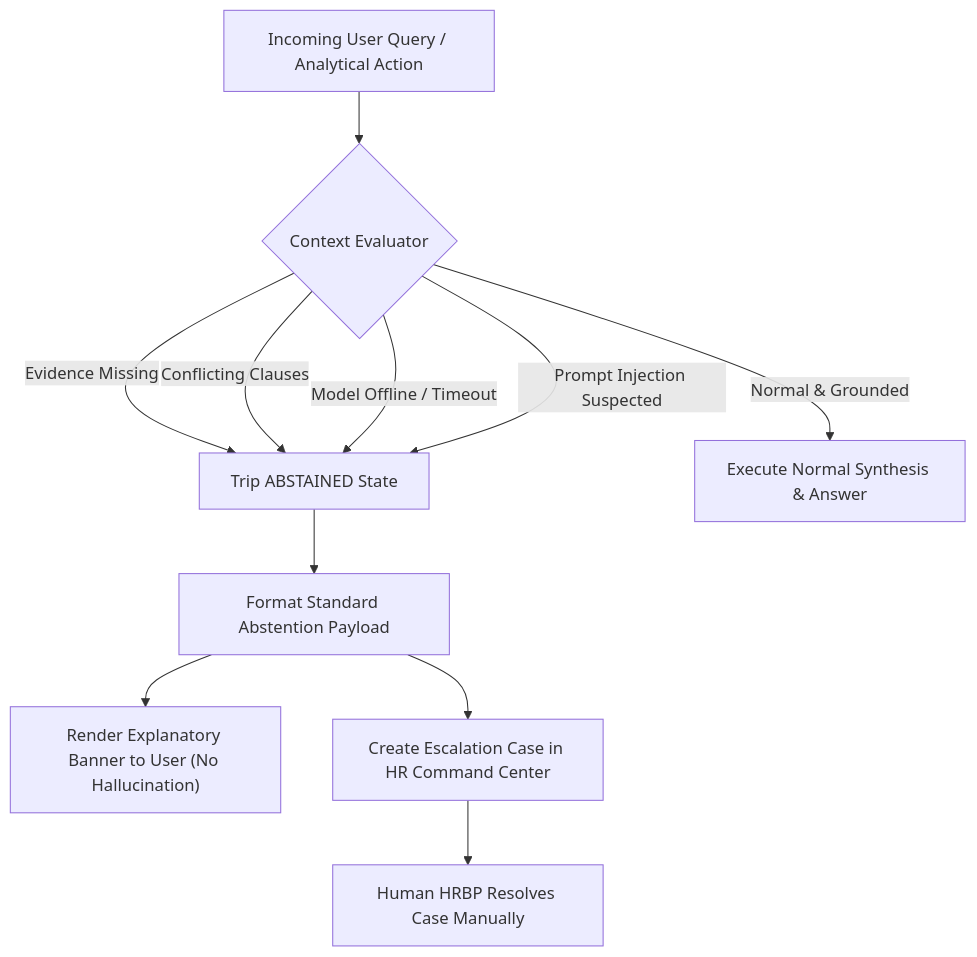
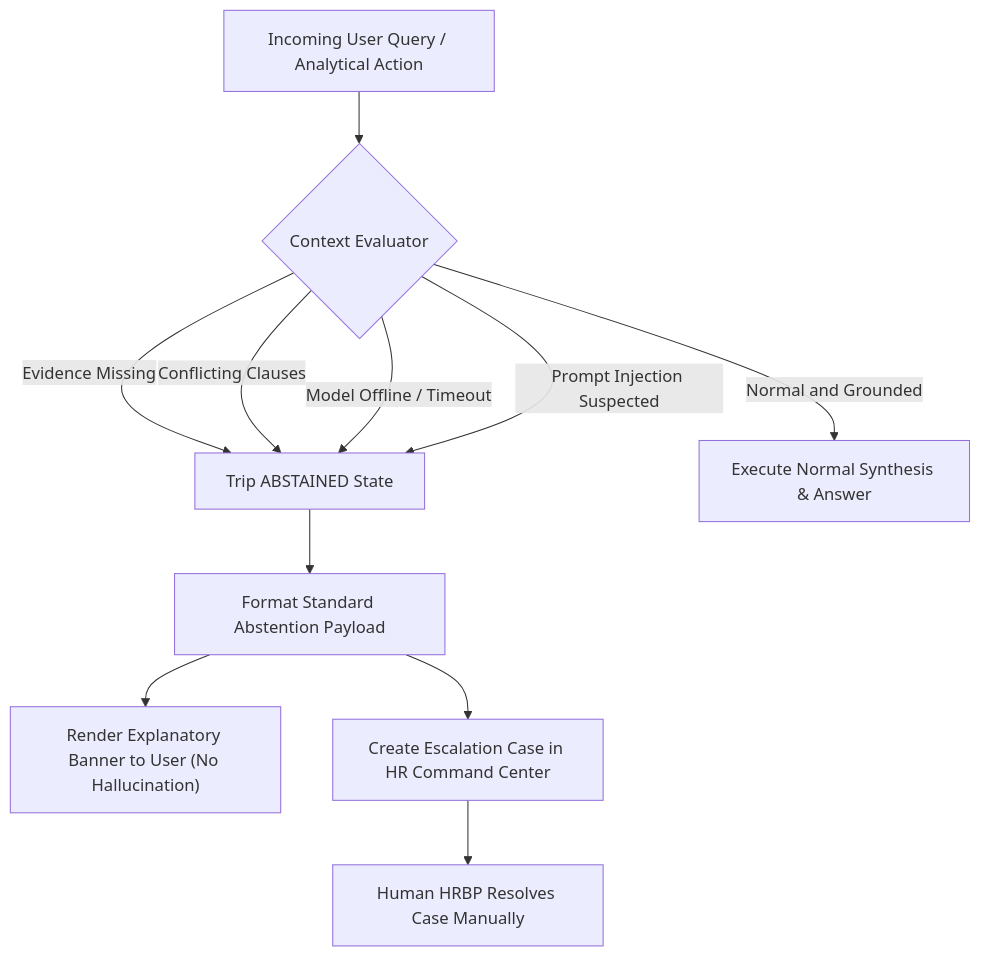
Before and after one commit to sharancode3/WorkSense: the second of 2 diagrams in docs/03-Workflow-Roles.md, drawn with Mermaid. The commit also changed other lines of this file and 9 other files, not shown here.

Commit message:
fix(docs): resolve Mermaid syntax parse errors across all markdown specifications

````diff
--- a/docs/03-Workflow-Roles.md
+++ b/docs/03-Workflow-Roles.md
@@ -1056,14 +1057,15 @@
 ```mermaid
 flowchart TD
     QUERY["Incoming User Query / Analytical Action"] --> EVAL{"Context Evaluator"}
-    EVAL -->|Evidence Missing| ABSTAIN["Trip ABSTAINED State"]
-    EVAL -->|Conflicting Clauses| ABSTAIN
-    EVAL -->|Model Offline / Timeout| ABSTAIN
-    EVAL -->|Prompt Injection Suspected| ABSTAIN
-    EVAL -->|Normal & Grounded| EXECUTE["Execute Normal Synthesis & Answer"]
+    EVAL -->|"Evidence Missing"| ABSTAIN["Trip ABSTAINED State"]
+    EVAL -->|"Conflicting Clauses"| ABSTAIN
+    EVAL -->|"Model Offline / Timeout"| ABSTAIN
+    EVAL -->|"Prompt Injection Suspected"| ABSTAIN
+    EVAL -->|"Normal and Grounded"| EXECUTE["Execute Normal Synthesis & Answer"]
 
     ABSTAIN --> PAYLOAD["Format Standard Abstention Payload"]
     PAYLOAD --> UI["Render Explanatory Banner to User (No Hallucination)"]
     PAYLOAD --> ESCALATE["Create Escalation Case in HR Command Center"]
     ESCALATE --> HUMAN["Human HRBP Resolves Case Manually"]
+
 ```
````
